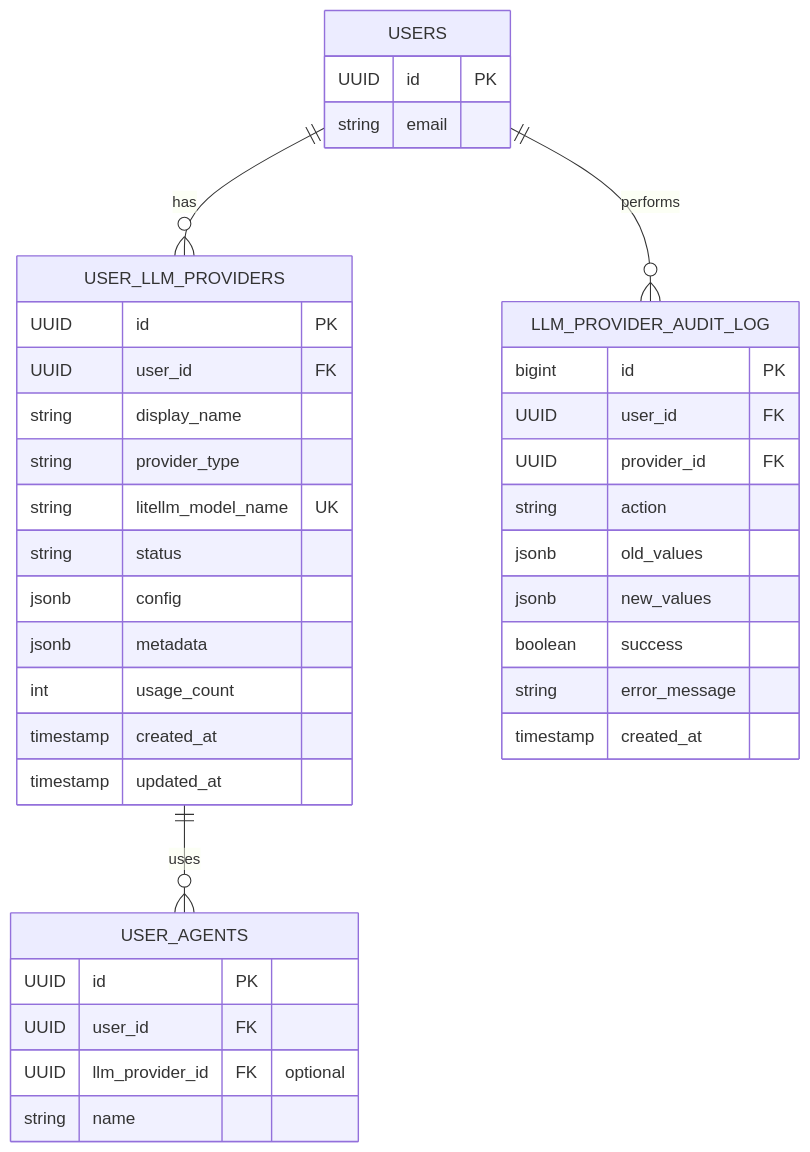
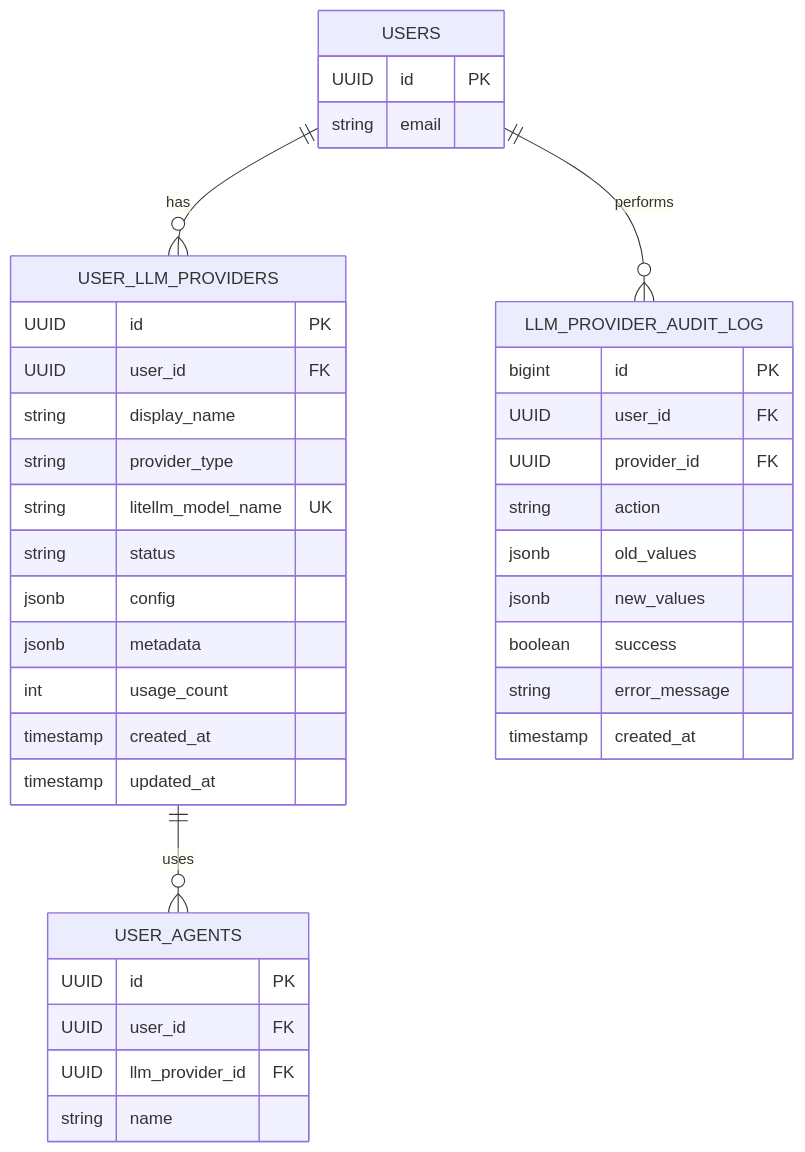
The third of 3 diagrams in openspec/changes/llm-providers-management/design.md (pese-git/codelab-core-service), drawn with Mermaid before and after one commit. The commit also changed 2 other files, not shown here.

First paragraph of the commit message:
fix: Resolve llm-providers-management architectural contradictions
Verification identified and fixed 6 critical issues:

````diff
--- a/openspec/changes/llm-providers-management/design.md
+++ b/openspec/changes/llm-providers-management/design.md
@@ -231,44 +231,44 @@
 ```mermaid
 erDiagram
     USERS ||--o{ USER_LLM_PROVIDERS : has
     USERS ||--o{ LLM_PROVIDER_AUDIT_LOG : performs
     USER_LLM_PROVIDERS ||--o{ USER_AGENTS : uses
     
     USERS {
         UUID id PK
         string email
     }
     
     USER_LLM_PROVIDERS {
         UUID id PK
         UUID user_id FK
         string display_name
         string provider_type
         string litellm_model_name UK
         string status
         jsonb config
         jsonb metadata
         int usage_count
         timestamp created_at
         timestamp updated_at
     }
     
     USER_AGENTS {
         UUID id PK
         UUID user_id FK
-        UUID llm_provider_id FK "optional"
+        UUID llm_provider_id FK
         string name
     }
     
     LLM_PROVIDER_AUDIT_LOG {
         bigint id PK
         UUID user_id FK
         UUID provider_id FK
         string action
         jsonb old_values
         jsonb new_values
         boolean success
         string error_message
         timestamp created_at
     }
 ```
````
